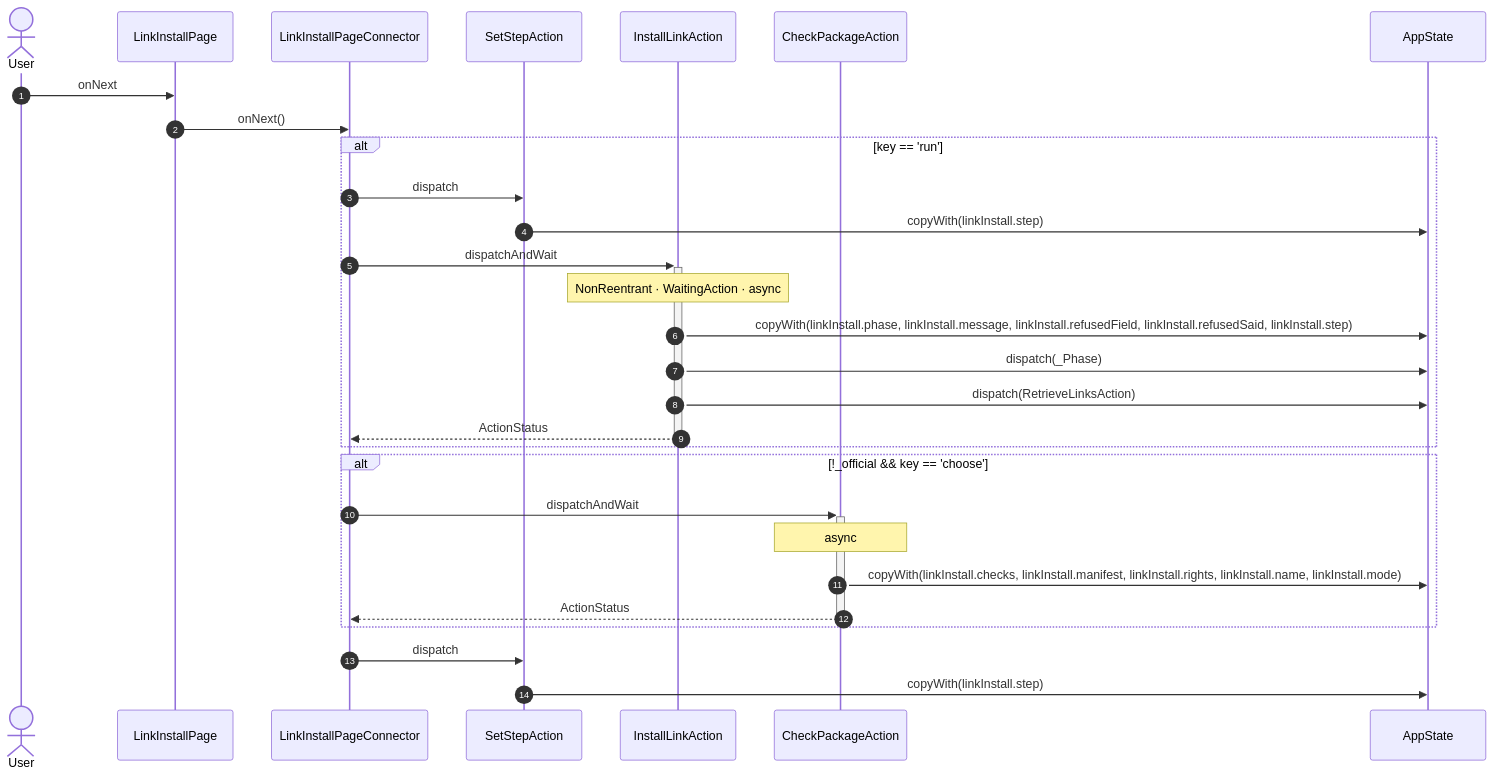
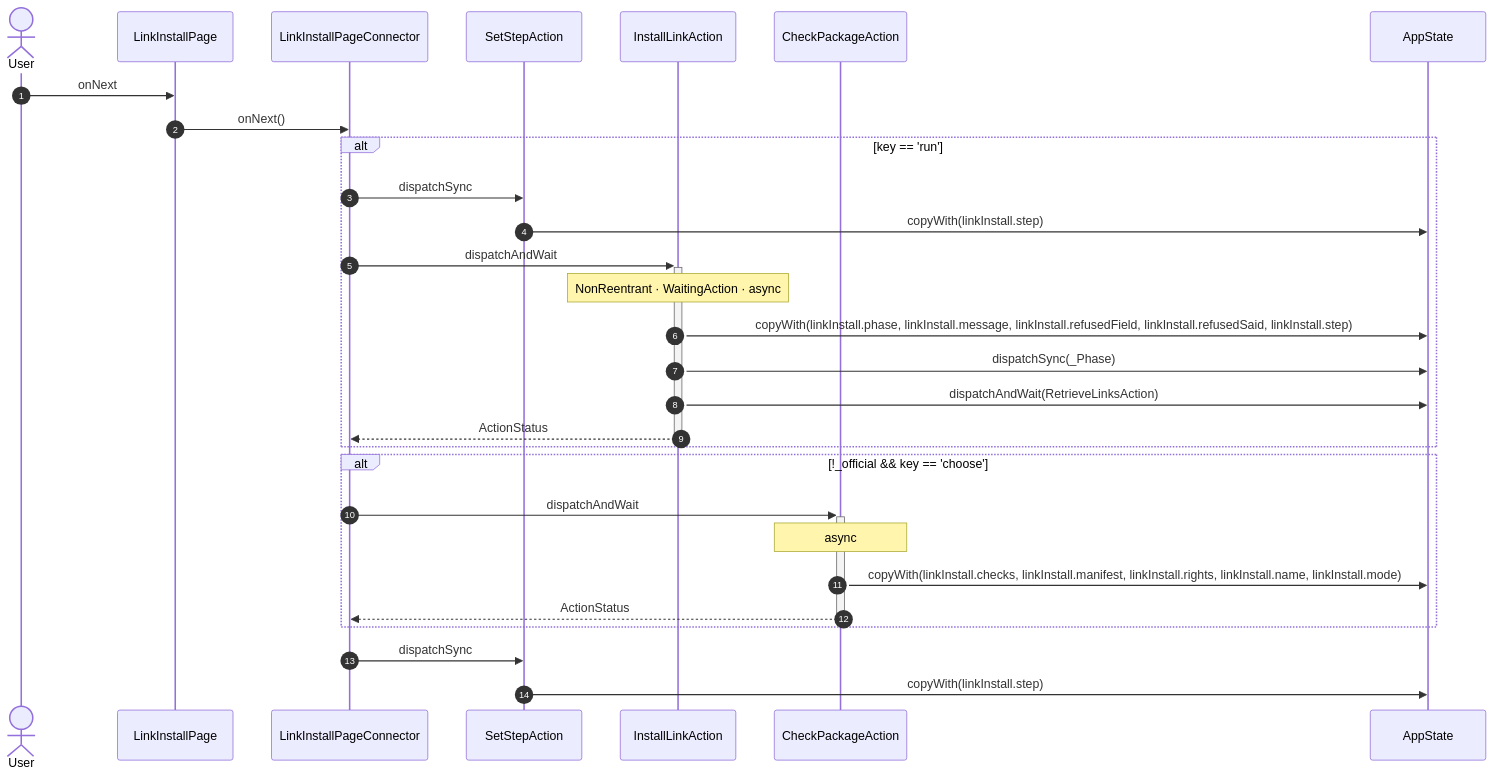
One commit to gencto/wyrm changed diagram 14 of 15 in studio/docs/flows/linkInstall.md. Above: the diagram before and after it, drawn with Mermaid. The commit also changed other lines of this file and 306 other files, not shown here.

````diff
--- a/studio/docs/flows/linkInstall.md
+++ b/studio/docs/flows/linkInstall.md
@@ -242,32 +242,32 @@
 ```mermaid
 sequenceDiagram
     autonumber
     actor User
     participant UI as LinkInstallPage
     participant VM as LinkInstallPageConnector
     participant A1 as SetStepAction
     participant A2 as InstallLinkAction
     participant A3 as CheckPackageAction
     participant ST as AppState
 
     User->>UI: onNext
     UI->>VM: onNext()
     alt key == 'run'
-        VM->>A1: dispatch
+        VM->>A1: dispatchSync
         A1->>ST: copyWith(linkInstall.step)
         VM->>+A2: dispatchAndWait
         Note over A2: NonReentrant · WaitingAction · async
         A2->>ST: copyWith(linkInstall.phase, linkInstall.message, linkInstall.refusedField, linkInstall.refusedSaid, linkInstall.step)
-        A2->>ST: dispatch(_Phase)
-        A2->>ST: dispatch(RetrieveLinksAction)
+        A2->>ST: dispatchSync(_Phase)
+        A2->>ST: dispatchAndWait(RetrieveLinksAction)
         A2-->>-VM: ActionStatus
     end
     alt !_official && key == 'choose'
         VM->>+A3: dispatchAndWait
         Note over A3: async
         A3->>ST: copyWith(linkInstall.checks, linkInstall.manifest, linkInstall.rights, linkInstall.name, linkInstall.mode)
         A3-->>-VM: ActionStatus
     end
-    VM->>A1: dispatch
+    VM->>A1: dispatchSync
     A1->>ST: copyWith(linkInstall.step)
 ```
````
